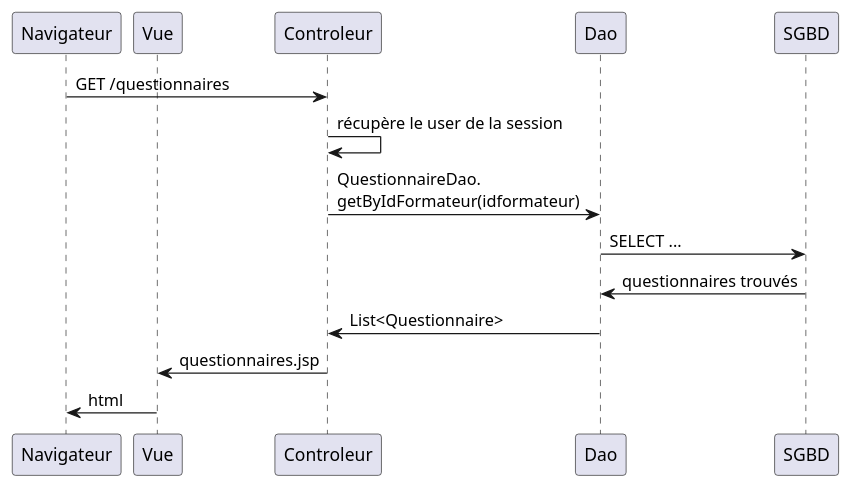
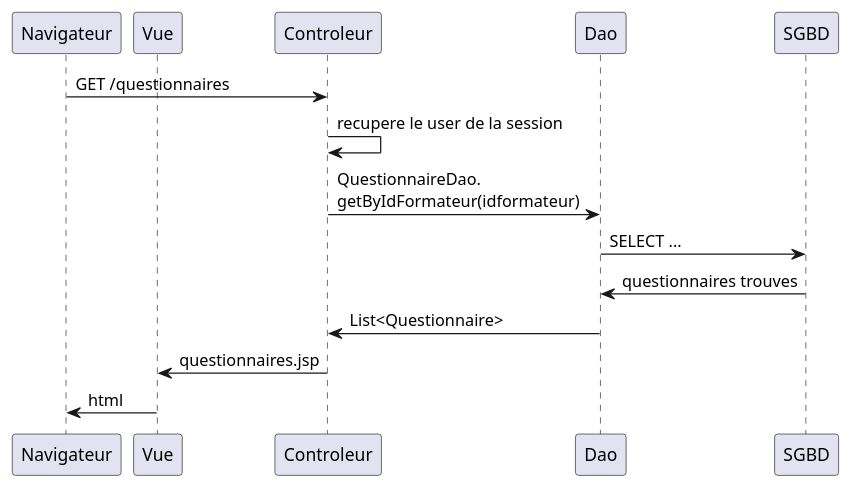
The diagram in src/main/webapp/doc/listeQuestionnaires.puml (michel-plasse/siomassy2021), drawn with PlantUML before and after one commit. The commit also changed other lines of this file and 2 other files, not shown here.

Commit message:
Création Questionnaire Servlet + questionnaires jsp + mis à jour utf8 uml

```diff
--- a/src/main/webapp/doc/listeQuestionnaires.puml
+++ b/src/main/webapp/doc/listeQuestionnaires.puml
@@ -1,15 +1,15 @@
 @startuml
 ' par défaut, les couches sont disposées dans l'ordre d'apparition
 ' nous utilison participant pour préciser qu'après Navigateur il y a Vue et non Controleur
 participant Navigateur
 participant Vue
 
 Navigateur -> Controleur: GET /questionnaires
-Controleur -> Controleur: récupère le user de la session
+Controleur -> Controleur: recupere le user de la session
 Controleur -> Dao: QuestionnaireDao.\ngetByIdFormateur(idformateur)
 Dao -> SGBD: SELECT ...
-SGBD ->Dao: questionnaires trouvés
+SGBD ->Dao: questionnaires trouves
 Dao -> Controleur: List<Questionnaire>
 Controleur -> Vue: questionnaires.jsp
 Vue -> Navigateur: html
 @enduml
```
